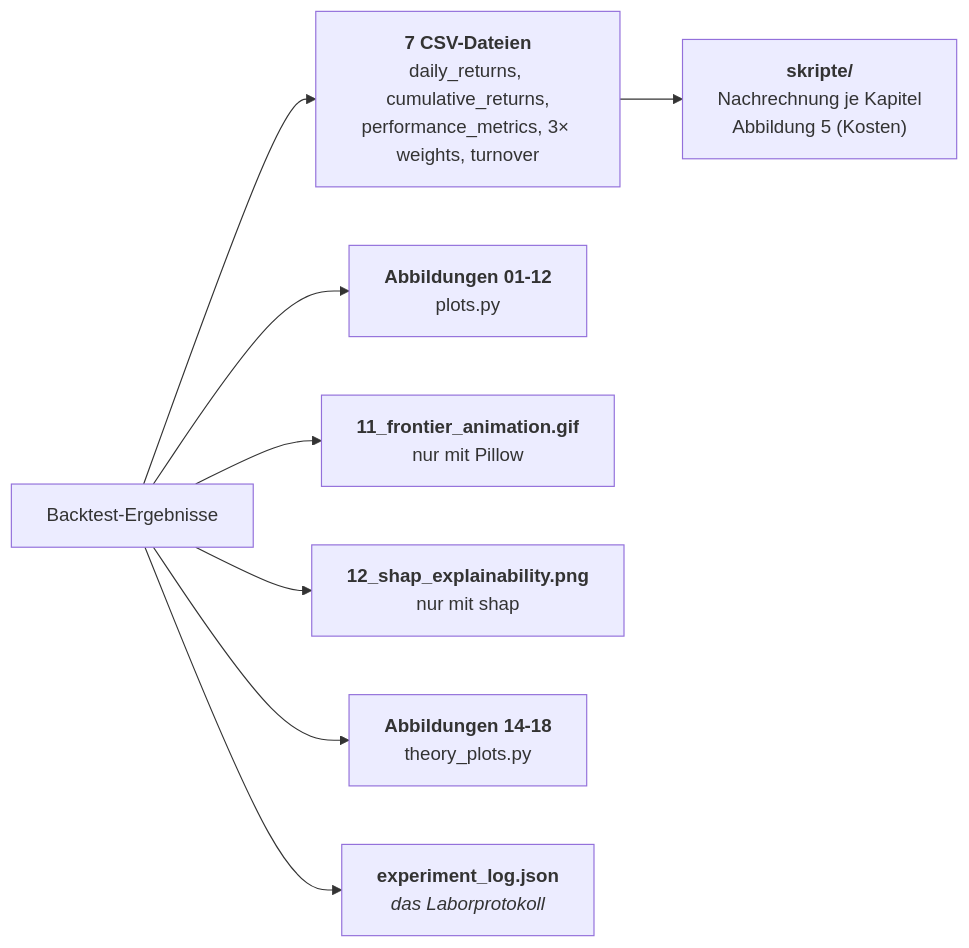
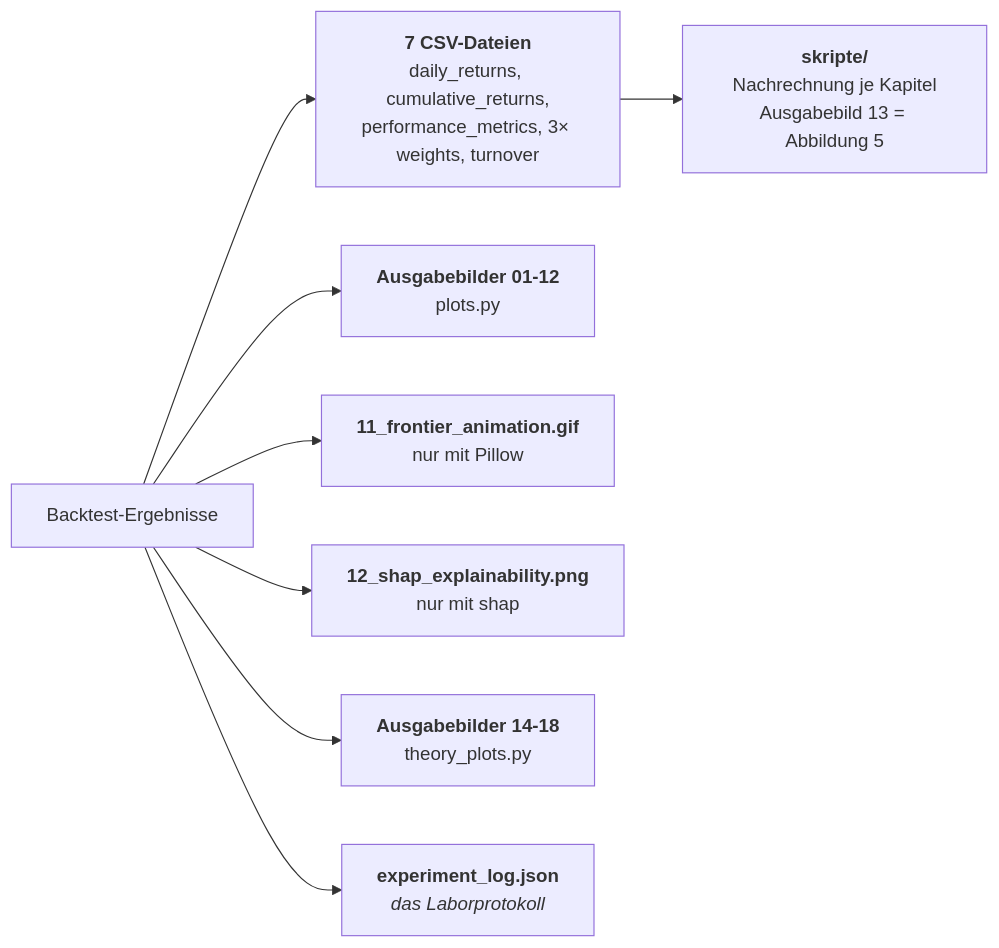
One commit to MaxZoelfl/wseminar-portfolio-optimierung changed diagram 13 of 13 in Handbook.md. Above: the diagram before and after it, drawn with Mermaid. The commit also changed other lines of this file and 39 other files, not shown here.

````diff
--- a/Handbook.md
+++ b/Handbook.md
@@ -811,10 +813,10 @@
 ```mermaid
 flowchart LR
     BT["Backtest-Ergebnisse"] --> CSV["<b>7 CSV-Dateien</b><br/>daily_returns, cumulative_returns,<br/>performance_metrics, 3× weights, turnover"]
-    BT --> PNG["<b>Abbildungen 01-12</b><br/>plots.py"]
+    BT --> PNG["<b>Ausgabebilder 01-12</b><br/>plots.py"]
     BT --> GIF["<b>11_frontier_animation.gif</b><br/>nur mit Pillow"]
     BT --> SHP["<b>12_shap_explainability.png</b><br/>nur mit shap"]
-    BT --> TH["<b>Abbildungen 14-18</b><br/>theory_plots.py"]
+    BT --> TH["<b>Ausgabebilder 14-18</b><br/>theory_plots.py"]
     BT --> JS["<b>experiment_log.json</b><br/><i>das Laborprotokoll</i>"]
-    CSV --> EXT["<b>skripte/</b><br/>Nachrechnung je Kapitel<br/>Abbildung 5 (Kosten)"]
+    CSV --> EXT["<b>skripte/</b><br/>Nachrechnung je Kapitel<br/>Ausgabebild 13 = Abbildung 5"]
 ```
````
